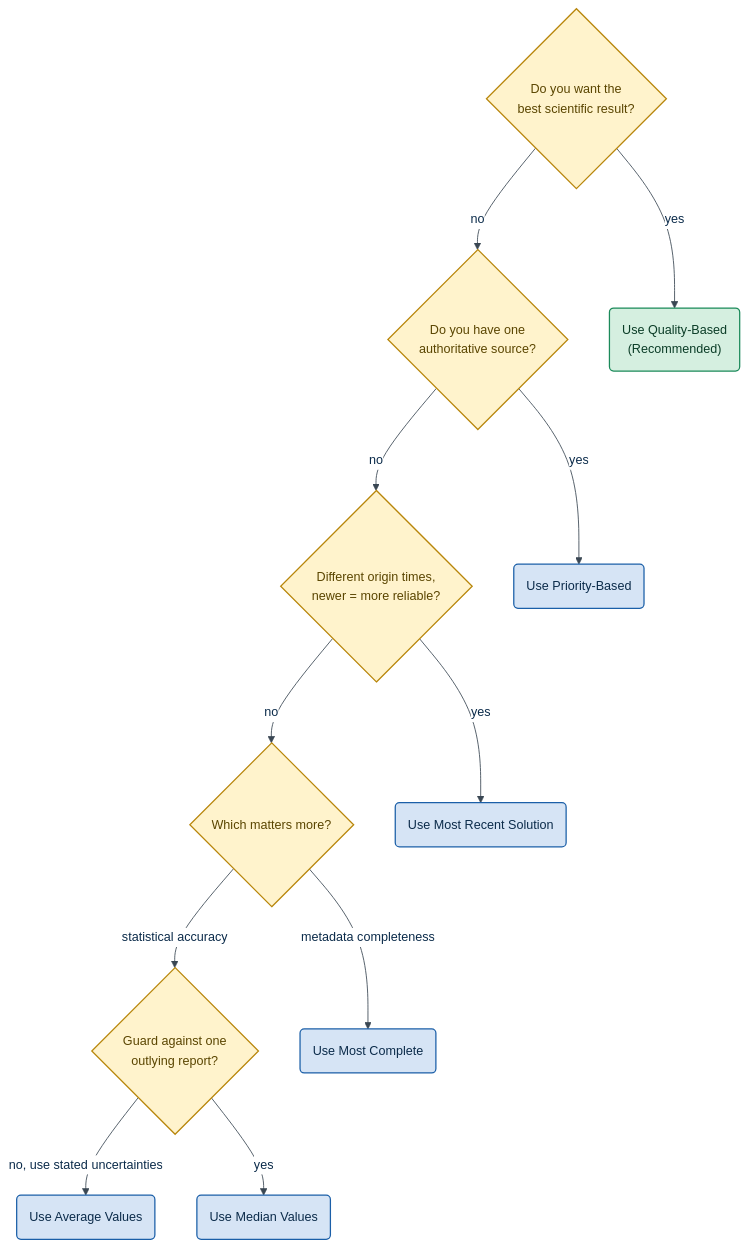
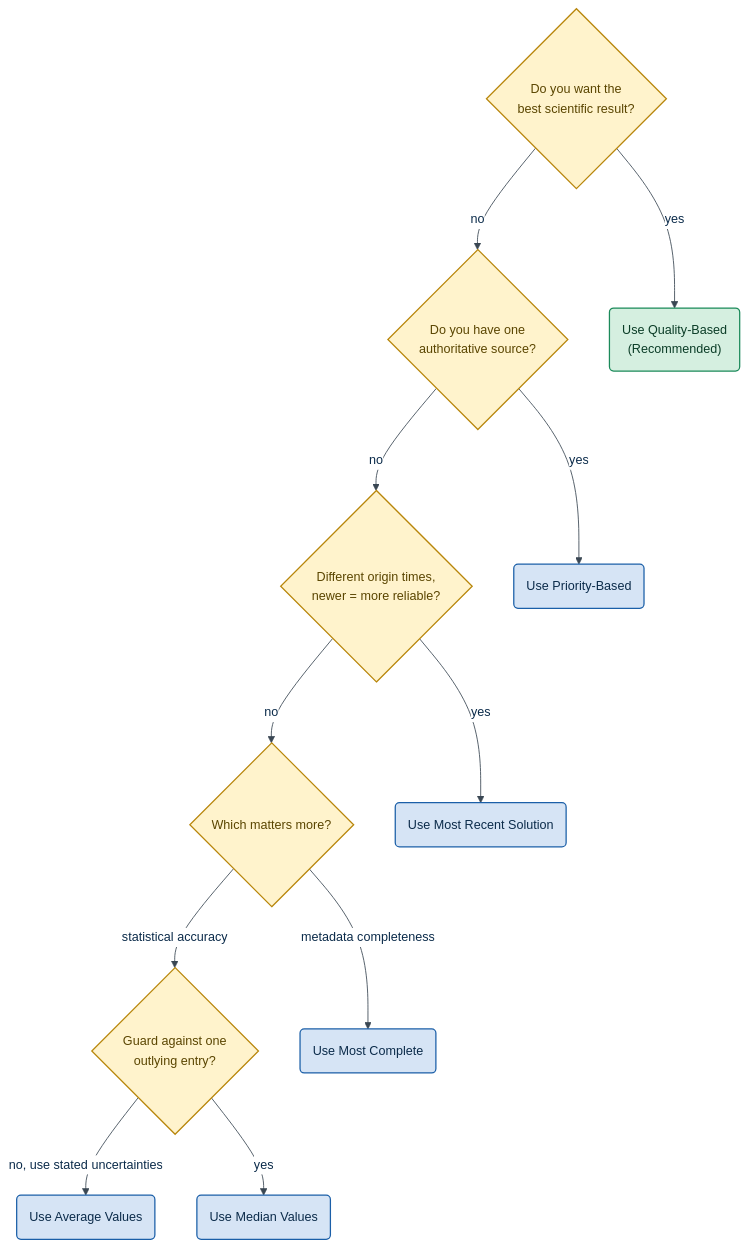
The second of 5 diagrams in docs/source/user-guide/merging-catalogues.rst (KennyGraham1/catalogofcatalogs), drawn with Mermaid before and after one commit. The commit also changed other lines of this file and 64 other files, not shown here.

```diff
--- a/docs/source/user-guide/merging-catalogues.rst
+++ b/docs/source/user-guide/merging-catalogues.rst
@@ -161,44 +204,44 @@
 .. mermaid::
    :align: center
 
    %%{init: {"theme":"base","themeVariables":{"fontFamily":"Inter, \"Helvetica Neue\", Arial, sans-serif","fontSize":"15px","lineColor":"#3A4753","primaryColor":"#D6E4F5","primaryBorderColor":"#1B5FA8","primaryTextColor":"#0B2B4A","secondaryColor":"#CFEAE6","tertiaryColor":"#FBEAD2","mainBkg":"#D6E4F5","nodeBorder":"#1B5FA8","clusterBkg":"#F7F9FC","clusterBorder":"#AEBED2","titleColor":"#0F3D6B","edgeLabelBackground":"#FFFFFF"}}}%%
    flowchart TD
        Start{"Do you want the<br/>best scientific result?"}
        Auth{"Do you have one<br/>authoritative source?"}
        Recent{"Different origin times,<br/>newer = more reliable?"}
        Matter{"Which matters more?"}
-       Robust{"Guard against one<br/>outlying report?"}
+       Robust{"Guard against one<br/>outlying entry?"}
 
        Quality("Use Quality-Based<br/>(Recommended)")
        Priority("Use Priority-Based")
        Newest("Use Most Recent Solution")
        Complete("Use Most Complete")
        Average("Use Average Values")
        Median("Use Median Values")
 
        Start -->|"yes"| Quality
        Start -->|"no"| Auth
        Auth -->|"yes"| Priority
        Auth -->|"no"| Recent
        Recent -->|"yes"| Newest
        Recent -->|"no"| Matter
        Matter -->|"metadata completeness"| Complete
        Matter -->|"statistical accuracy"| Robust
        Robust -->|"no, use stated uncertainties"| Average
        Robust -->|"yes"| Median
 
        class Start,Auth,Recent,Matter,Robust decision
        class Quality success
        class Priority,Newest,Complete,Average,Median frontend
 
        classDef userAction fill:#E8EEF6,stroke:#0F3D6B,stroke-width:1.5px,color:#0B2B4A
        classDef frontend fill:#D6E4F5,stroke:#1B5FA8,stroke-width:1.5px,color:#0B2B4A
        classDef backend fill:#CFEAE6,stroke:#0E7C72,stroke-width:1.5px,color:#08423D
        classDef library fill:#FBEAD2,stroke:#9C6A12,stroke-width:1.5px,color:#5A3D06
        classDef datastore fill:#E3E7EB,stroke:#3A4753,stroke-width:1.5px,color:#1E2731
        classDef external fill:#EFDDEC,stroke:#8E3A82,stroke-width:1.5px,color:#4A1C43,stroke-dasharray:4 3
        classDef process fill:#FCEAD0,stroke:#D38B1E,stroke-width:1.5px,color:#5A3D06
        classDef decision fill:#FFF3CC,stroke:#B8860B,stroke-width:1.5px,color:#5A4500
        classDef success fill:#D5EFE0,stroke:#1B8A5A,stroke-width:1.5px,color:#0B3D27
        classDef warning fill:#FBE0DA,stroke:#C24A2B,stroke-width:1.5px,color:#5E1C0C
        classDef terminal fill:#1F2D3D,stroke:#0B1622,stroke-width:1.5px,color:#FFFFFF
```
